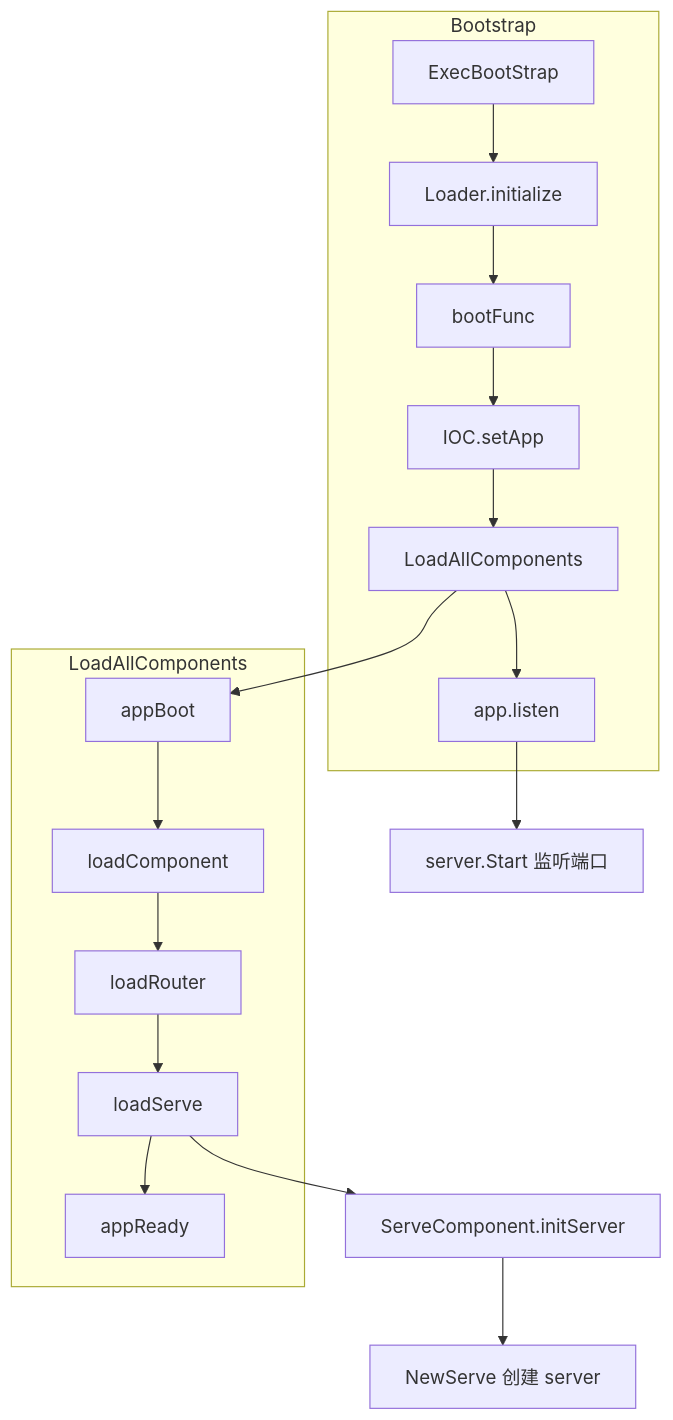
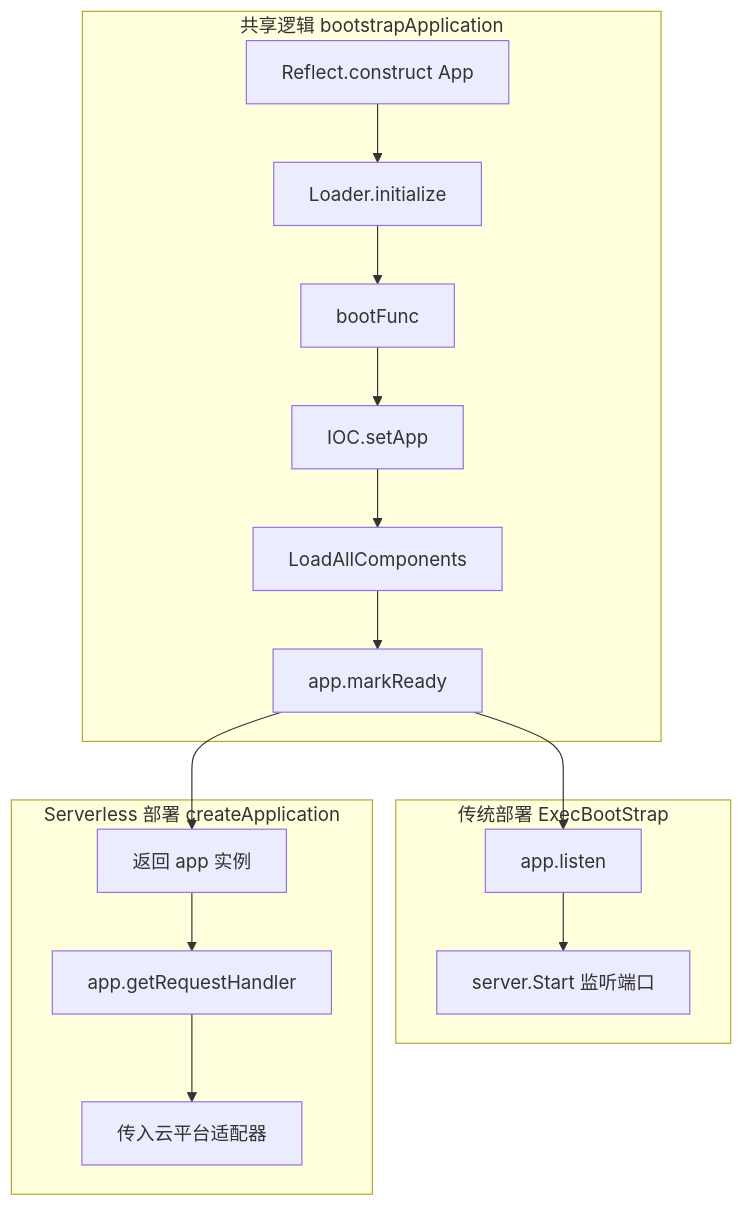
Before and after one commit to Koatty/koatty: the first of 3 diagrams in docs/SERVERLESS_IMPLEMENTATION_PLAN.md, drawn with Mermaid. The commit also changed other lines of this file and 1 other file, not shown here.

First line of the commit message:
docs: add callback refactoring plan and serverless implementation details

````diff
--- a/docs/SERVERLESS_IMPLEMENTATION_PLAN.md
+++ b/docs/SERVERLESS_IMPLEMENTATION_PLAN.md
@@ -16,22 +34,21 @@
 ```mermaid
 flowchart TD
-    subgraph bootstrap [Bootstrap]
-        A[ExecBootStrap] --> B[Loader.initialize]
+    subgraph shared [共享逻辑 bootstrapApplication]
+        A[Reflect.construct App] --> B[Loader.initialize]
         B --> C[bootFunc]
         C --> D[IOC.setApp]
         D --> E[LoadAllComponents]
-        E --> F[app.listen]
+        E --> F[app.markReady]
     end
-    
-    subgraph LoadAllComponents [LoadAllComponents]
-        E --> E1[appBoot]
-        E1 --> E2[loadComponent]
-        E2 --> E3[loadRouter]
-        E3 --> E4[loadServe]
-        E4 --> E5[appReady]
+
+    subgraph traditional [传统部署 ExecBootStrap]
+        F --> G[app.listen]
+        G --> H[server.Start 监听端口]
     end
-    
-    E4 --> G[ServeComponent.initServer]
-    G --> H[NewServe 创建 server]
-    F --> I[server.Start 监听端口]
+
+    subgraph serverless [Serverless 部署 createApplication]
+        F --> I[返回 app 实例]
+        I --> J[app.getRequestHandler]
+        J --> K[传入云平台适配器]
+    end
 ```
````
